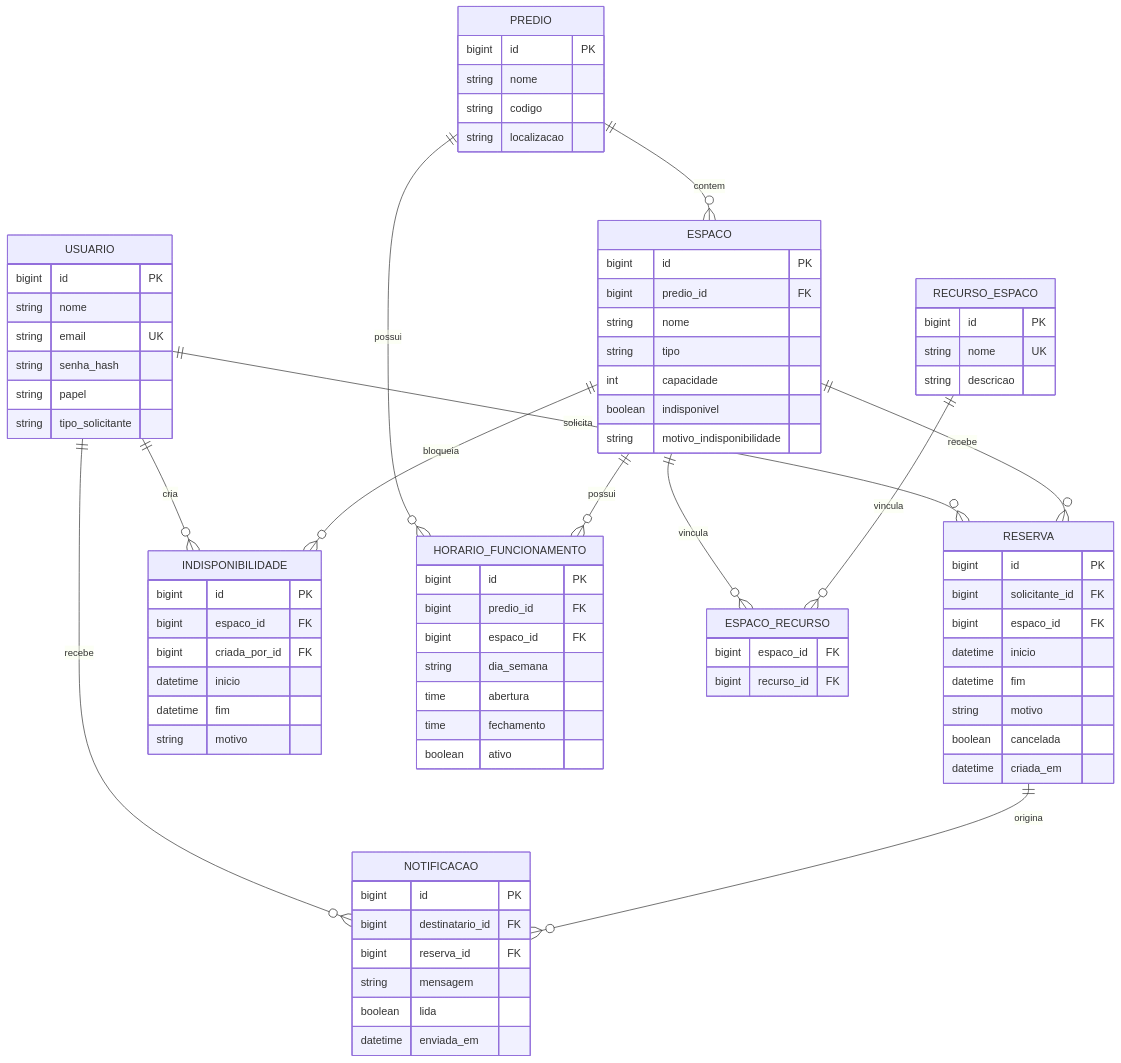
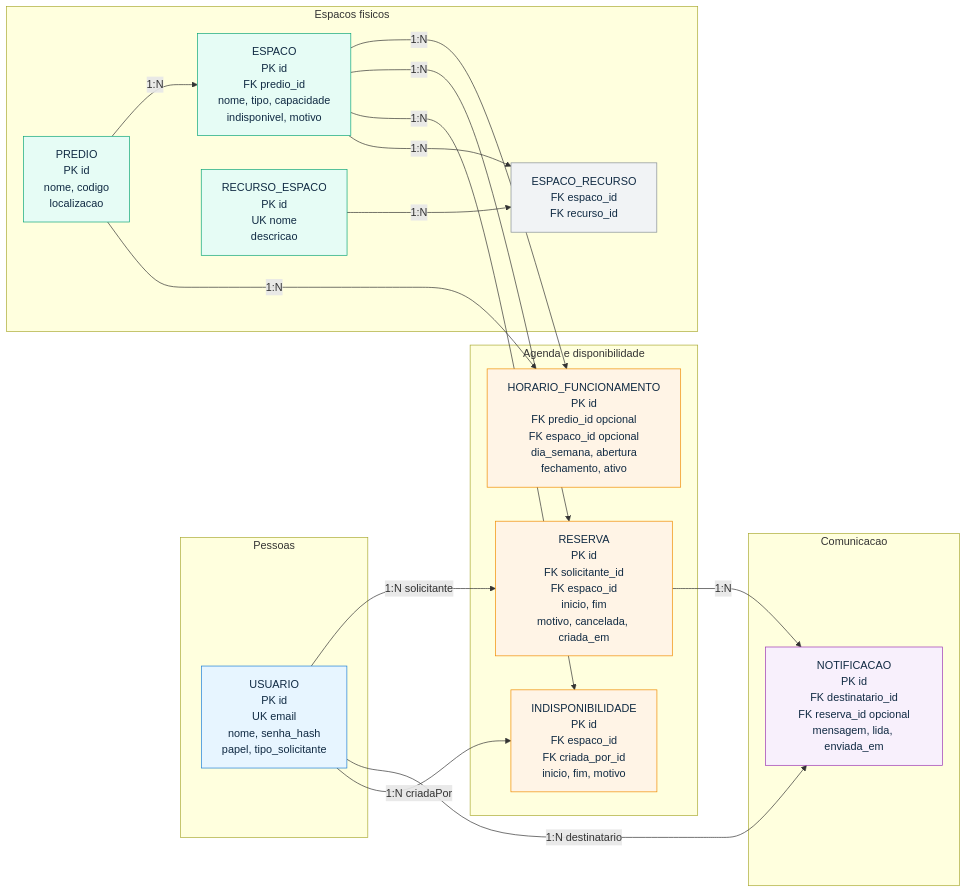
One commit to djairofilho/classroom-scheduling-back changed the third of 4 diagrams in docs/modelagem-de-dominio.md. Above: the diagram before and after it, drawn with Mermaid. The commit also changed other lines of this file and 1 other file, not shown here.

Commit message:
docs(model): enhance domain model diagrams with structured subgraphs and detailed relationships

````diff
--- a/docs/modelagem-de-dominio.md
+++ b/docs/modelagem-de-dominio.md
@@ -264,91 +272,51 @@
 ```mermaid
-erDiagram
-    USUARIO ||--o{ RESERVA : solicita
-    USUARIO ||--o{ NOTIFICACAO : recebe
-    USUARIO ||--o{ INDISPONIBILIDADE : cria
+flowchart LR
+    subgraph Pessoas["Pessoas"]
+        USUARIO["USUARIO<br/>PK id<br/>UK email<br/>nome, senha_hash<br/>papel, tipo_solicitante"]
+    end
 
-    PREDIO ||--o{ ESPACO : contem
-    PREDIO ||--o{ HORARIO_FUNCIONAMENTO : possui
-    ESPACO ||--o{ HORARIO_FUNCIONAMENTO : possui
-    ESPACO ||--o{ INDISPONIBILIDADE : bloqueia
-    ESPACO ||--o{ RESERVA : recebe
-    ESPACO ||--o{ ESPACO_RECURSO : vincula
-    RECURSO_ESPACO ||--o{ ESPACO_RECURSO : vincula
-    RESERVA ||--o{ NOTIFICACAO : origina
+    subgraph Espacos["Espacos fisicos"]
+        PREDIO["PREDIO<br/>PK id<br/>nome, codigo<br/>localizacao"]
+        ESPACO["ESPACO<br/>PK id<br/>FK predio_id<br/>nome, tipo, capacidade<br/>indisponivel, motivo"]
+        RECURSO_ESPACO["RECURSO_ESPACO<br/>PK id<br/>UK nome<br/>descricao"]
+        ESPACO_RECURSO["ESPACO_RECURSO<br/>FK espaco_id<br/>FK recurso_id"]
+    end
 
-    USUARIO {
-        bigint id PK
-        string nome
-        string email UK
-        string senha_hash
-        string papel
-        string tipo_solicitante
-    }
+    subgraph Agenda["Agenda e disponibilidade"]
+        HORARIO_FUNCIONAMENTO["HORARIO_FUNCIONAMENTO<br/>PK id<br/>FK predio_id opcional<br/>FK espaco_id opcional<br/>dia_semana, abertura<br/>fechamento, ativo"]
+        RESERVA["RESERVA<br/>PK id<br/>FK solicitante_id<br/>FK espaco_id<br/>inicio, fim<br/>motivo, cancelada, criada_em"]
+        INDISPONIBILIDADE["INDISPONIBILIDADE<br/>PK id<br/>FK espaco_id<br/>FK criada_por_id<br/>inicio, fim, motivo"]
+    end
 
-    PREDIO {
-        bigint id PK
-        string nome
-        string codigo
-        string localizacao
-    }
+    subgraph Comunicacao["Comunicacao"]
+        NOTIFICACAO["NOTIFICACAO<br/>PK id<br/>FK destinatario_id<br/>FK reserva_id opcional<br/>mensagem, lida, enviada_em"]
+    end
 
-    ESPACO {
-        bigint id PK
-        bigint predio_id FK
-        string nome
-        string tipo
-        int capacidade
-        boolean indisponivel
-        string motivo_indisponibilidade
-    }
+    PREDIO -->|1:N| ESPACO
+    PREDIO -->|1:N| HORARIO_FUNCIONAMENTO
+    ESPACO -->|1:N| HORARIO_FUNCIONAMENTO
 
-    HORARIO_FUNCIONAMENTO {
-        bigint id PK
-        bigint predio_id FK
-        bigint espaco_id FK
-        string dia_semana
-        time abertura
-        time fechamento
-        boolean ativo
-    }
+    ESPACO -->|1:N| RESERVA
+    USUARIO -->|1:N solicitante| RESERVA
+    RESERVA -->|1:N| NOTIFICACAO
+    USUARIO -->|1:N destinatario| NOTIFICACAO
 
-    RESERVA {
-        bigint id PK
-        bigint solicitante_id FK
-        bigint espaco_id FK
-        datetime inicio
-        datetime fim
-        string motivo
-        boolean cancelada
-        datetime criada_em
-    }
+    ESPACO -->|1:N| INDISPONIBILIDADE
+    USUARIO -->|1:N criadaPor| INDISPONIBILIDADE
 
-    INDISPONIBILIDADE {
-        bigint id PK
-        bigint espaco_id FK
-        bigint criada_por_id FK
-        datetime inicio
-        datetime fim
-        string motivo
-    }
+    ESPACO -->|1:N| ESPACO_RECURSO
+    RECURSO_ESPACO -->|1:N| ESPACO_RECURSO
 
-    RECURSO_ESPACO {
-        bigint id PK
-        string nome UK
-        string descricao
-    }
+    classDef table fill:#ffffff,stroke:#495057,color:#102a43
+    classDef join fill:#f1f3f5,stroke:#868e96,color:#102a43
+    classDef people fill:#e7f5ff,stroke:#1c7ed6,color:#102a43
+    classDef place fill:#e6fcf5,stroke:#0ca678,color:#102a43
+    classDef schedule fill:#fff4e6,stroke:#f08c00,color:#102a43
+    classDef comm fill:#f8f0fc,stroke:#9c36b5,color:#102a43
 
-    ESPACO_RECURSO {
-        bigint espaco_id FK
-        bigint recurso_id FK
-    }
-
-    NOTIFICACAO {
-        bigint id PK
-        bigint destinatario_id FK
-        bigint reserva_id FK
-        string mensagem
-        boolean lida
-        datetime enviada_em
-    }
+    class USUARIO people
+    class PREDIO,ESPACO,RECURSO_ESPACO place
+    class ESPACO_RECURSO join
+    class HORARIO_FUNCIONAMENTO,RESERVA,INDISPONIBILIDADE schedule
+    class NOTIFICACAO comm
 ```
````
